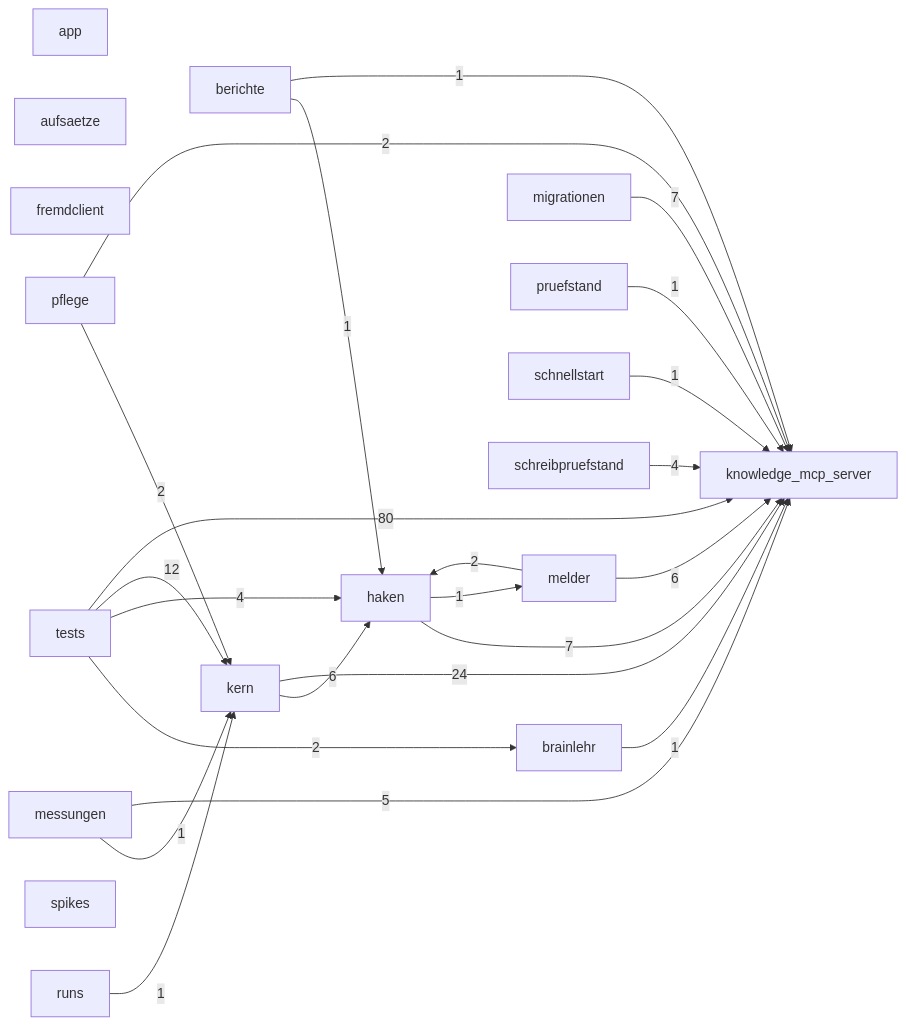
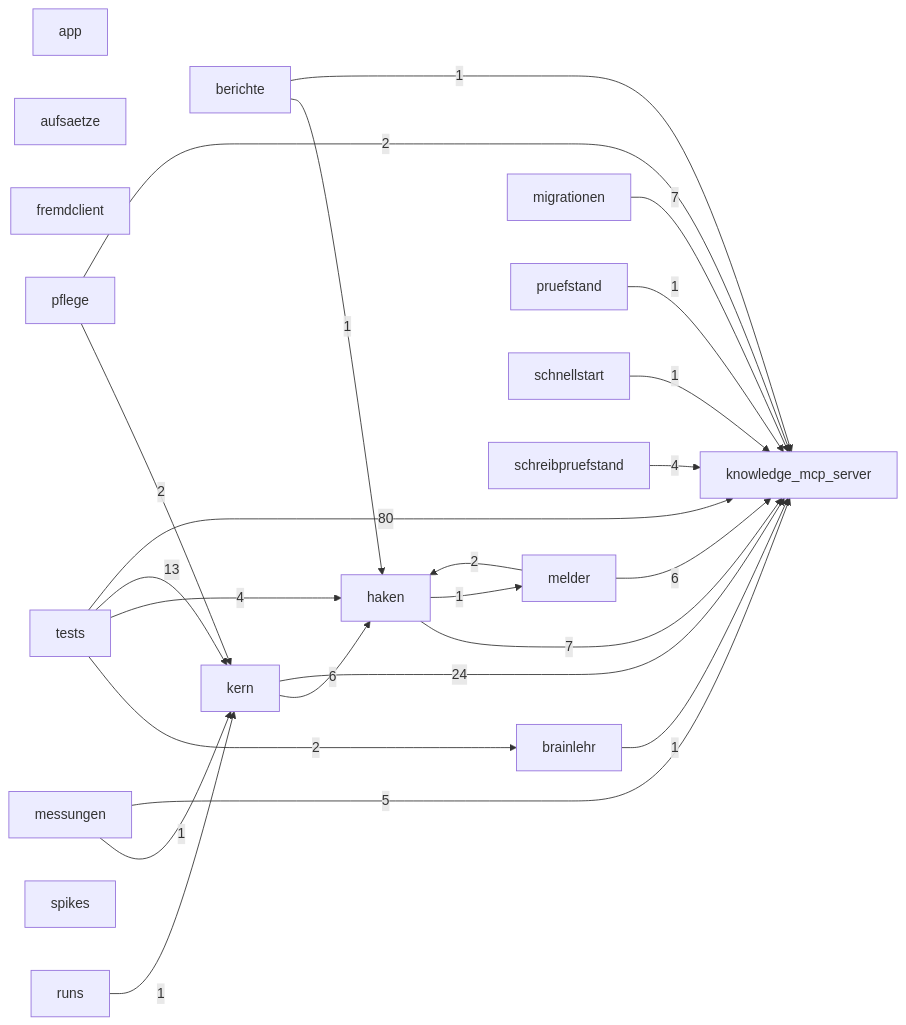
The diagram in docs/karten/code-brainlehr.md (3lehr/brainlehr), drawn with Mermaid before and after one commit. The commit also changed 4 other files, not shown here.

````diff
--- a/docs/karten/code-brainlehr.md
+++ b/docs/karten/code-brainlehr.md
@@ -5,43 +5,43 @@
 ```mermaid
 graph LR
   app["app"]
   aufsaetze["aufsaetze"]
   berichte["berichte"]
   brainlehr["brainlehr"]
   fremdclient["fremdclient"]
   haken["haken"]
   kern["kern"]
   knowledge_mcp_server["knowledge_mcp_server"]
   melder["melder"]
   messungen["messungen"]
   migrationen["migrationen"]
   pflege["pflege"]
   pruefstand["pruefstand"]
   runs["runs"]
   schnellstart["schnellstart"]
   schreibpruefstand["schreibpruefstand"]
   spikes["spikes"]
   tests["tests"]
   berichte -->|1| haken
   berichte -->|1| knowledge_mcp_server
   brainlehr -->|1| knowledge_mcp_server
   haken -->|7| knowledge_mcp_server
   haken -->|1| melder
   kern -->|6| haken
   kern -->|24| knowledge_mcp_server
   melder -->|2| haken
   melder -->|6| knowledge_mcp_server
   messungen -->|1| kern
   messungen -->|5| knowledge_mcp_server
   migrationen -->|7| knowledge_mcp_server
   pflege -->|2| kern
   pflege -->|2| knowledge_mcp_server
   pruefstand -->|1| knowledge_mcp_server
   runs -->|1| kern
   schnellstart -->|1| knowledge_mcp_server
   schreibpruefstand -->|4| knowledge_mcp_server
   tests -->|2| brainlehr
   tests -->|4| haken
-  tests -->|12| kern
+  tests -->|13| kern
   tests -->|80| knowledge_mcp_server
 ```
````
